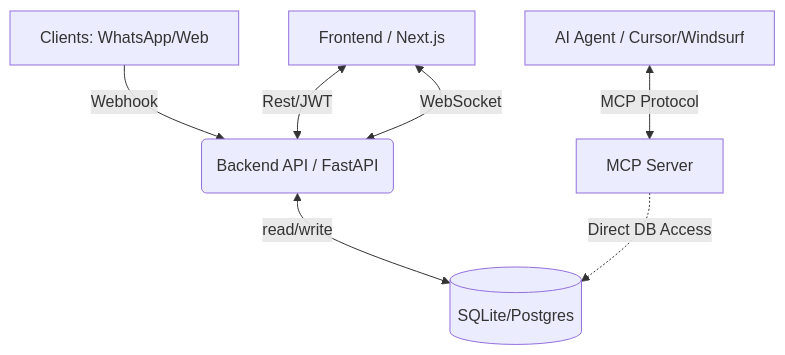
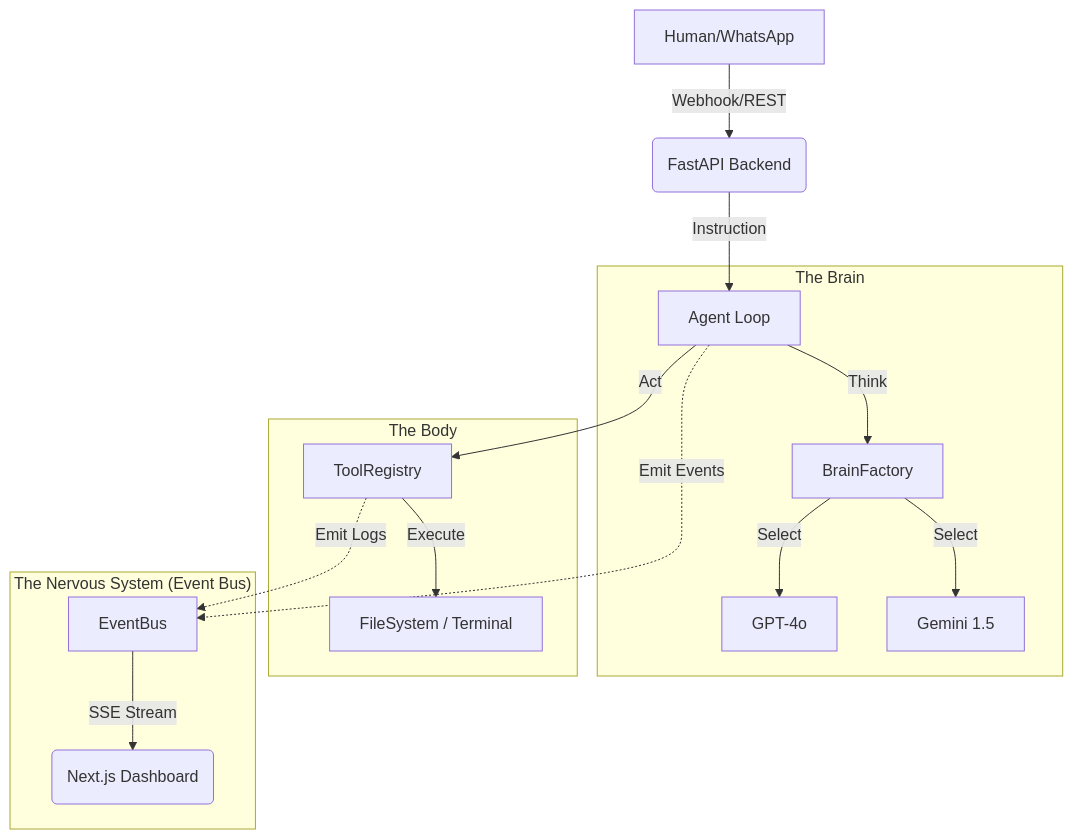
The diagram in README.md (YggrYergen/OSIRIS), drawn with Mermaid before and after one commit. The commit also changed other lines of this file and 4 other files, not shown here.

Commit message:
docs: comprehensive update of README.md to version 2.0.0; fix: persistence in AgentService; refactor: frontend types

````diff
--- a/README.md
+++ b/README.md
@@ -48,9 +43,22 @@
 ```mermaid
 graph TD
-    A[Clients: WhatsApp/Web] -->|Webhook| B(Backend API / FastAPI)
-    B <-->|read/write| C[(SQLite/Postgres)]
-    D[Frontend / Next.js] <-->|Rest/JWT| B
-    D <-->|WebSocket| B
-    E[AI Agent / Cursor/Windsurf] <-->|MCP Protocol| F[MCP Server]
-    F -.->|Direct DB Access| C
+    Client[Human/WhatsApp] -->|Webhook/REST| API(FastAPI Backend)
+    API -->|Instruction| AgentService[Agent Loop]
+    
+    subgraph "The Brain"
+    AgentService -->|Think| BrainFactory
+    BrainFactory -->|Select| OpenAI[GPT-4o]
+    BrainFactory -->|Select| Gemini[Gemini 1.5]
+    end
+    
+    subgraph "The Body"
+    AgentService -->|Act| ToolRegistry
+    ToolRegistry -->|Execute| FS[FileSystem / Terminal]
+    end
+    
+    subgraph "The Nervous System (Event Bus)"
+    AgentService -.->|Emit Events| EventBus
+    ToolRegistry -.->|Emit Logs| EventBus
+    EventBus -->|SSE Stream| Frontend(Next.js Dashboard)
+    end
 ```
````
